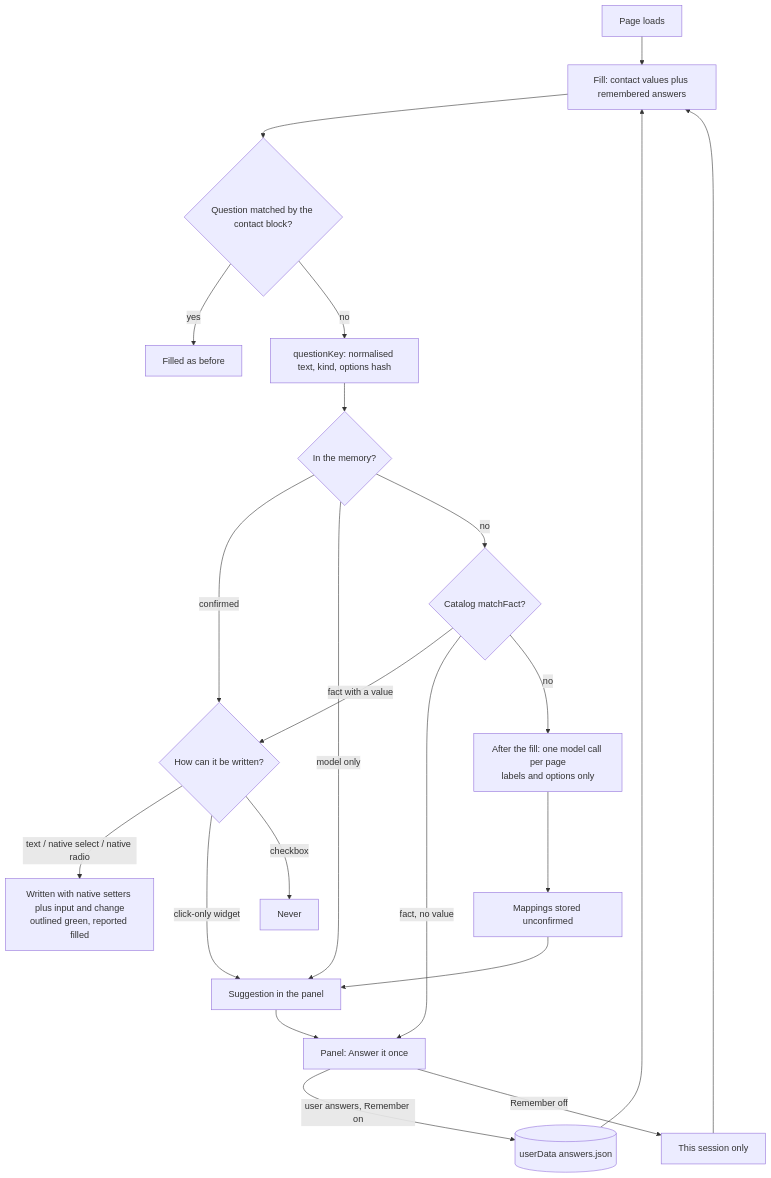
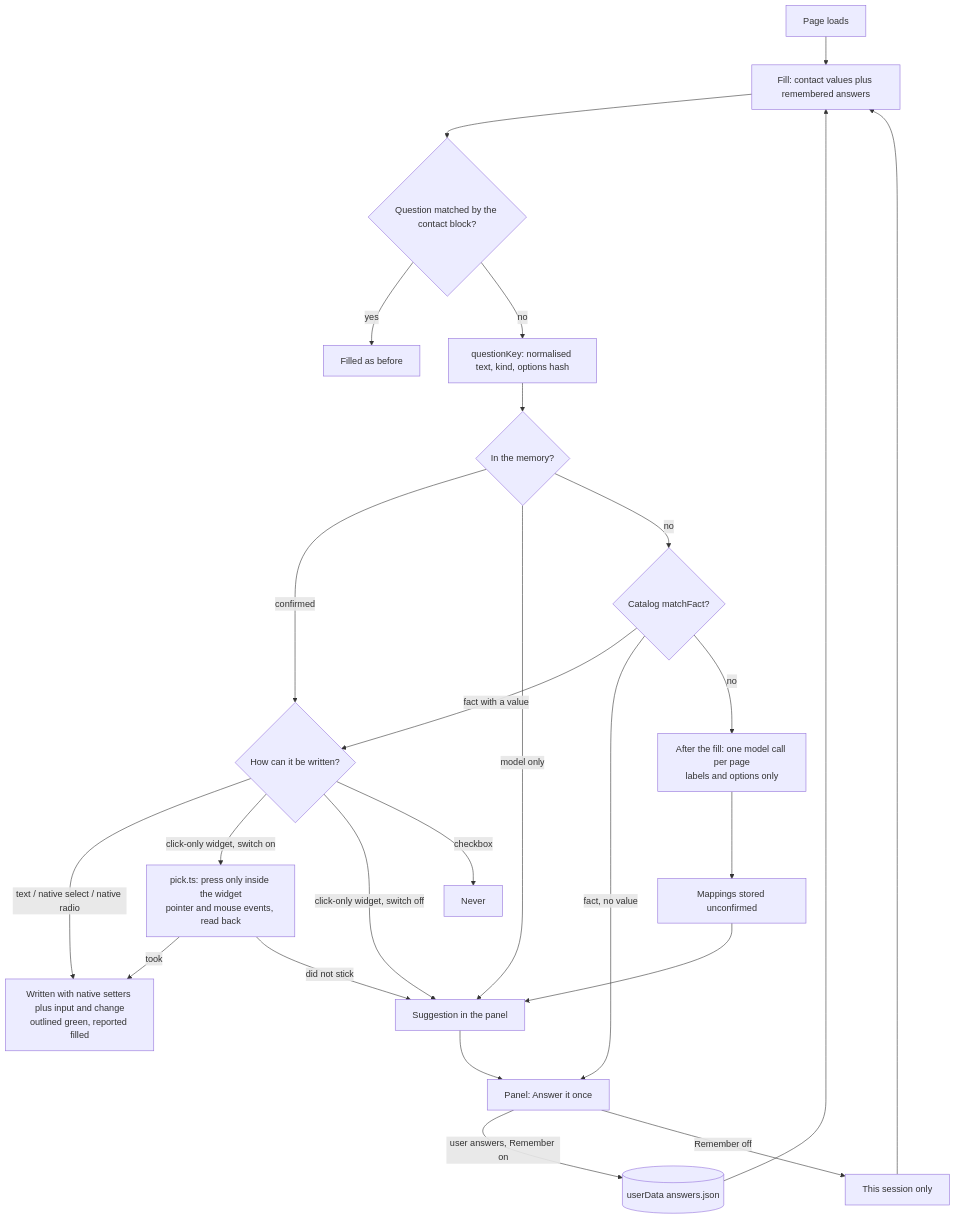
Before and after one commit to silentashish/huntgry: the diagram in docs/changes/71-autofill-learning.md, drawn with Mermaid. The commit also changed other lines of this file, not shown here.

First line of the commit message:
docs(apply): record the owner's decision to pick in click-only widgets and how picks are bounded

````diff
--- a/docs/changes/71-autofill-learning.md
+++ b/docs/changes/71-autofill-learning.md
@@ -26,23 +26,26 @@
 ```mermaid
 flowchart TD
   A[Page loads] --> B[Fill: contact values plus remembered answers]
   B --> C{Question matched by the contact block?}
   C -- yes --> D[Filled as before]
   C -- no --> E[questionKey: normalised text, kind, options hash]
   E --> F{In the memory?}
   F -- confirmed --> W
   F -- model only --> S[Suggestion in the panel]
   F -- no --> G{Catalog matchFact?}
   G -- fact with a value --> W{How can it be written?}
   G -- fact, no value --> P[Panel: Answer it once]
   G -- no --> M[After the fill: one model call per page<br/>labels and options only]
   M --> N[Mappings stored unconfirmed] --> S
   W -- text / native select / native radio --> X[Written with native setters plus input and change<br/>outlined green, reported filled]
-  W -- click-only widget --> S
+  W -- click-only widget, switch on --> K[pick.ts: press only inside the widget<br/>pointer and mouse events, read back]
+  K -- took --> X
+  K -- did not stick --> S
+  W -- click-only widget, switch off --> S
   W -- checkbox --> Z[Never]
   S --> P
   P -- user answers, Remember on --> R[(userData answers.json)]
   P -- Remember off --> O[This session only]
   R --> B
   O --> B
 ```
````
